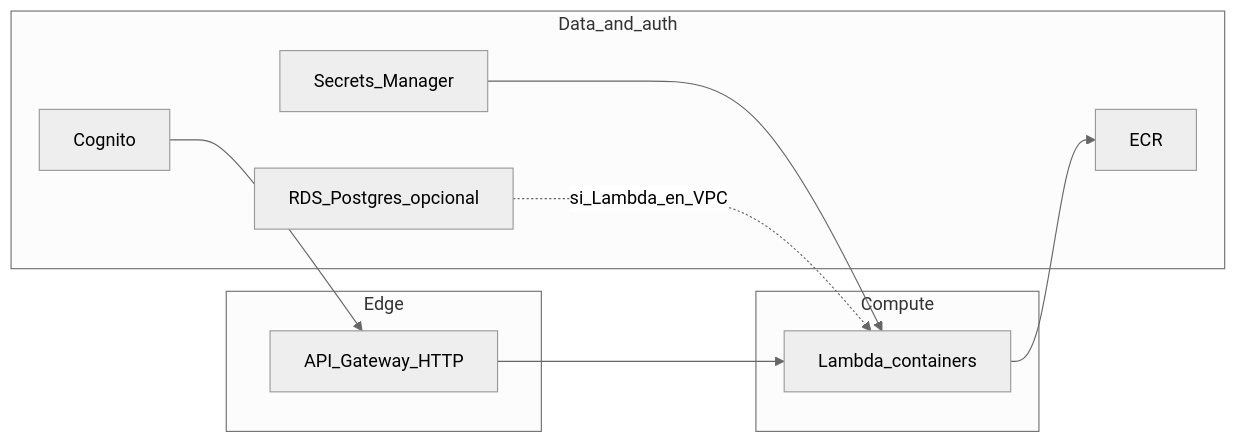
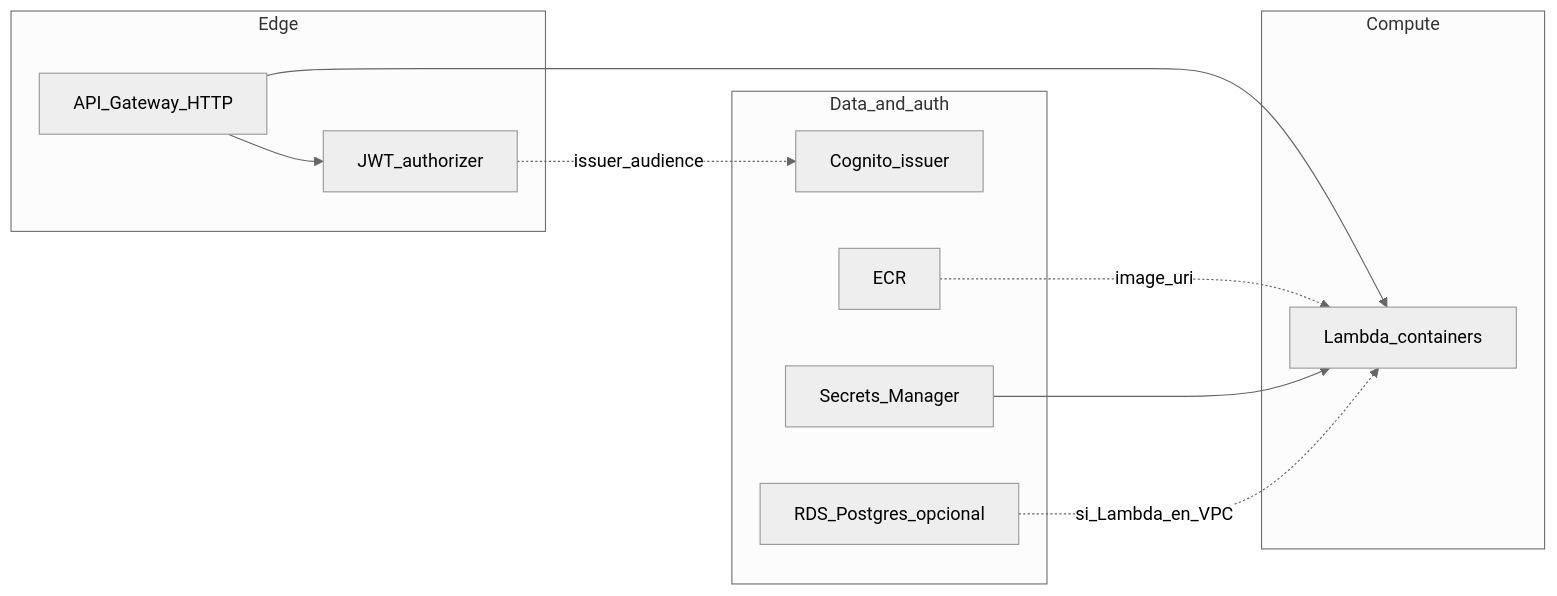
One commit to refactored-team/finexa-ia changed the diagram in infra/README.md. Above: the diagram before and after it, drawn with Mermaid (neutral theme). The commit also changed other lines of this file and 1 other file, not shown here.

Commit message:
Update README and infrastructure documentation with new architecture diagrams and deployment details
- Enhanced component and deployment diagrams for clarity and accuracy.
- Added information on local deployment using Docker and the ai-pipeline service.
- Updated API Gateway and JWT authorizer details in the infrastructure documentation.
- Clarified service communication and database configurations in the diagrams.

````diff
--- a/infra/README.md
+++ b/infra/README.md
@@ -21,20 +21,22 @@
 ```mermaid
 flowchart LR
   subgraph edge [Edge]
     APIGW[API_Gateway_HTTP]
+    JWT[JWT_authorizer]
   end
   subgraph compute [Compute]
     L[Lambda_containers]
   end
   subgraph data [Data_and_auth]
-    COG[Cognito]
+    COG[Cognito_issuer]
     ECR[ECR]
     SM[Secrets_Manager]
     RDS[RDS_Postgres_opcional]
   end
+  APIGW --> JWT
+  JWT -.->|issuer_audience| COG
   APIGW --> L
-  L --> ECR
-  COG --> APIGW
+  ECR -.->|image_uri| L
   SM --> L
   RDS -.->|si_Lambda_en_VPC| L
 ```
````
